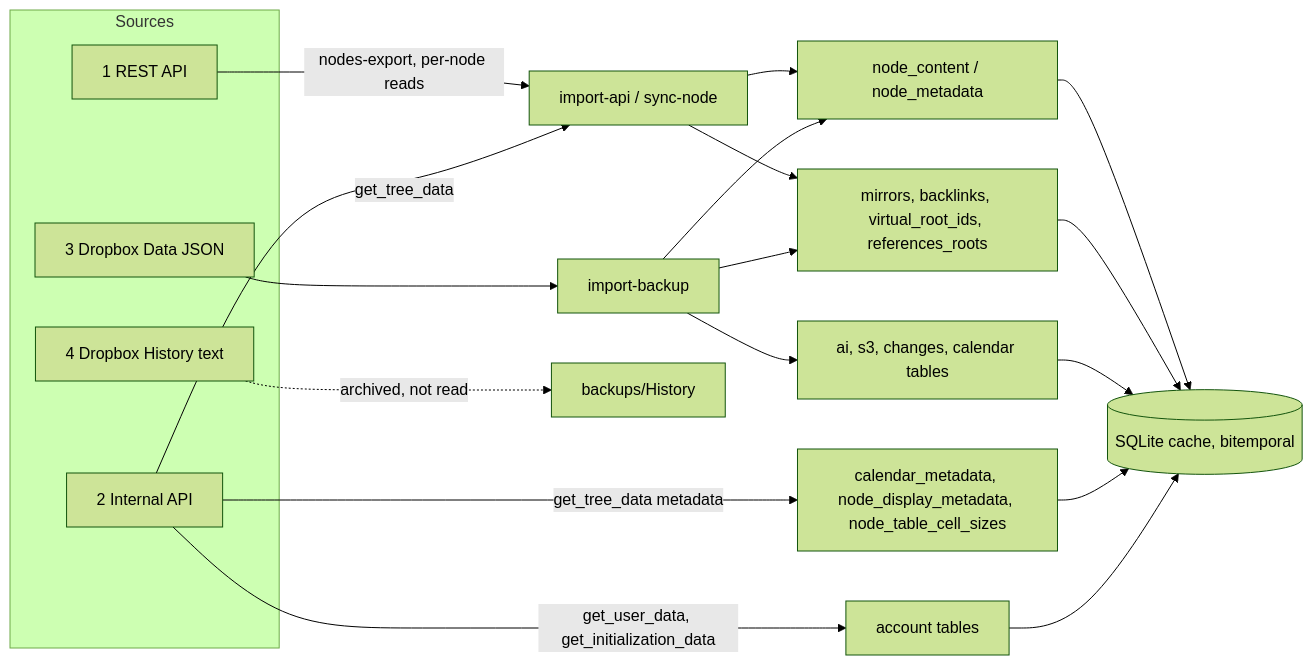
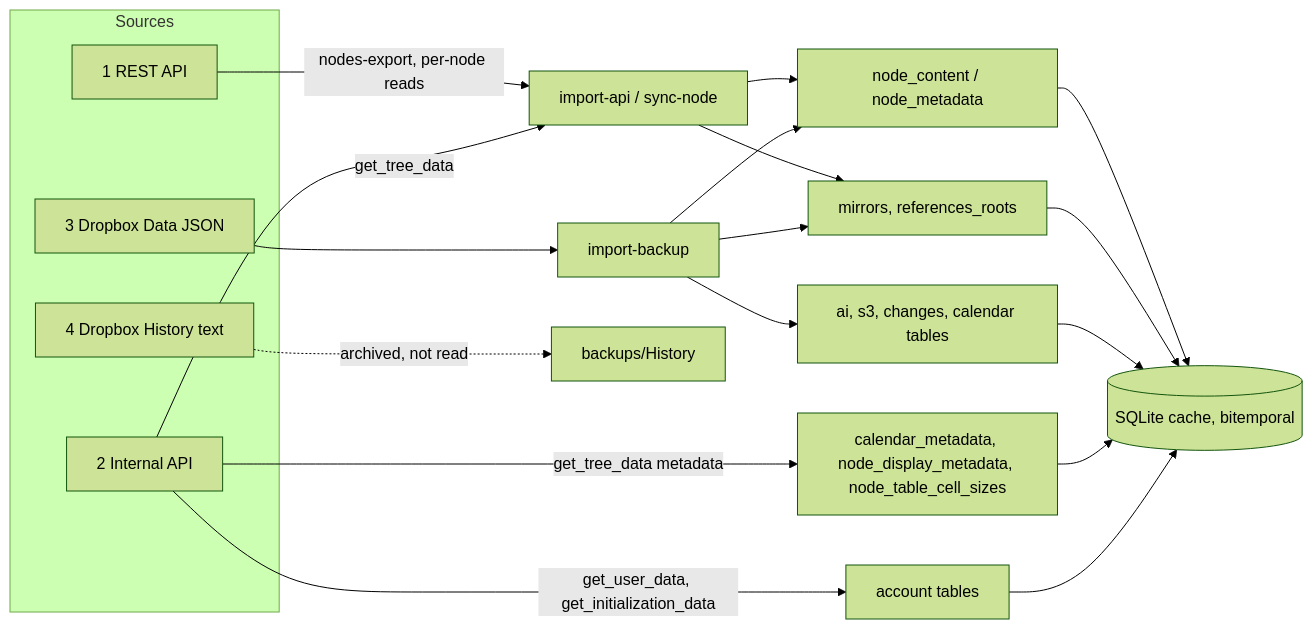
One commit to motlin/outlinedb changed the diagram in docs/workflowy-data-sources.md. Above: the diagram before and after it, drawn with Mermaid (forest theme). The commit also changed other lines of this file and 37 other files, not shown here.

Commit message:
Drop virtual_root_ids and backlinks: migration 0047 drops both, backlink items derive from mirrors under a live references root (currentBacklinkItems), a backlink.sourceID imports as a mirror, and the web backlinks readers, upstream relationship view and transaction-log replay use the derived view

````diff
--- a/docs/workflowy-data-sources.md
+++ b/docs/workflowy-data-sources.md
@@ -195,25 +196,25 @@
 ```mermaid
 flowchart LR
   subgraph Sources
     A[1 REST API]
     B[2 Internal API]
     C[3 Dropbox Data JSON]
     D[4 Dropbox History text]
   end
   A -->|nodes-export, per-node reads| IA[import-api / sync-node]
   B -->|get_tree_data| IA
   B -->|get_user_data, get_initialization_data| AS[account tables]
   B -->|get_tree_data metadata| IM[calendar_metadata, node_display_metadata, node_table_cell_sizes]
   C --> IB[import-backup]
   D -.->|archived, not read| ARC[backups/History]
   IA --> NC[node_content / node_metadata]
-  IA --> REL[mirrors, backlinks, virtual_root_ids, references_roots]
+  IA --> REL[mirrors, references_roots]
   IB --> NC
   IB --> REL
   IB --> ATTR[ai, s3, changes, calendar tables]
   NC --> DB[(SQLite cache, bitemporal)]
   REL --> DB
   ATTR --> DB
   IM --> DB
   AS --> DB
 ```
````
